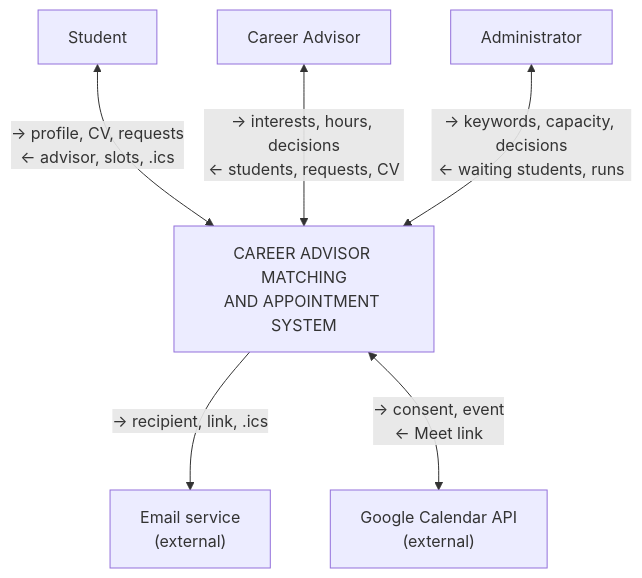
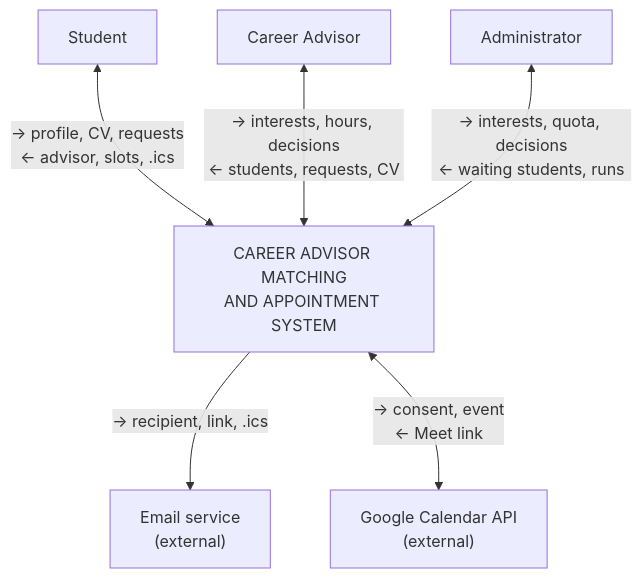
One commit to seng321-group8/SENG321-Project changed the first of 4 diagrams in docs/architecture/c4.md. Above: the diagram before and after it, drawn with Mermaid. The commit also changed other lines of this file and 1 other file, not shown here.

Commit message:
docs(api): align OpenAPI with SRS and class diagram, v0.5.0 (#70)

````diff
--- a/docs/architecture/c4.md
+++ b/docs/architecture/c4.md
@@ -23,18 +23,18 @@
 ```mermaid
 %%{init: {'flowchart': {'nodeSpacing': 60, 'rankSpacing': 90, 'curve': 'basis'}}}%%
 flowchart TB
     STU["Student"]
     ADV["Career Advisor"]
     ADM["Administrator"]
 
     SYS["CAREER ADVISOR MATCHING<br/>AND APPOINTMENT SYSTEM"]
 
     MAIL["Email service<br/>(external)"]
     GCAL["Google Calendar API<br/>(external)"]
 
     STU <-->|"→ profile, CV, requests<br/>← advisor, slots, .ics"| SYS
     ADV <-->|"→ interests, hours, decisions<br/>← students, requests, CV"| SYS
-    ADM <-->|"→ keywords, capacity, decisions<br/>← waiting students, runs"| SYS
+    ADM <-->|"→ interests, quota, decisions<br/>← waiting students, runs"| SYS
     SYS -->|"→ recipient, link, .ics"| MAIL
     SYS <-->|"→ consent, event<br/>← Meet link"| GCAL
 ```
````
